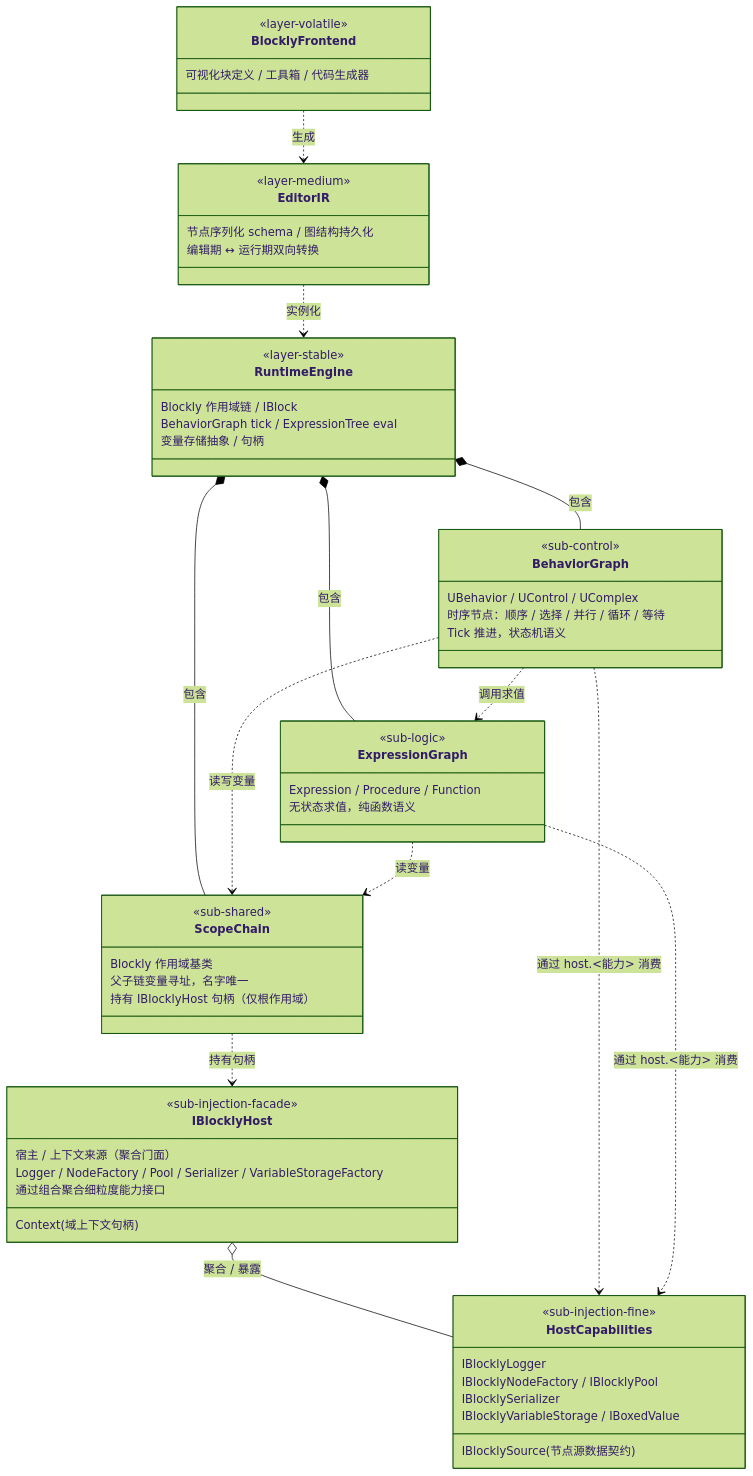
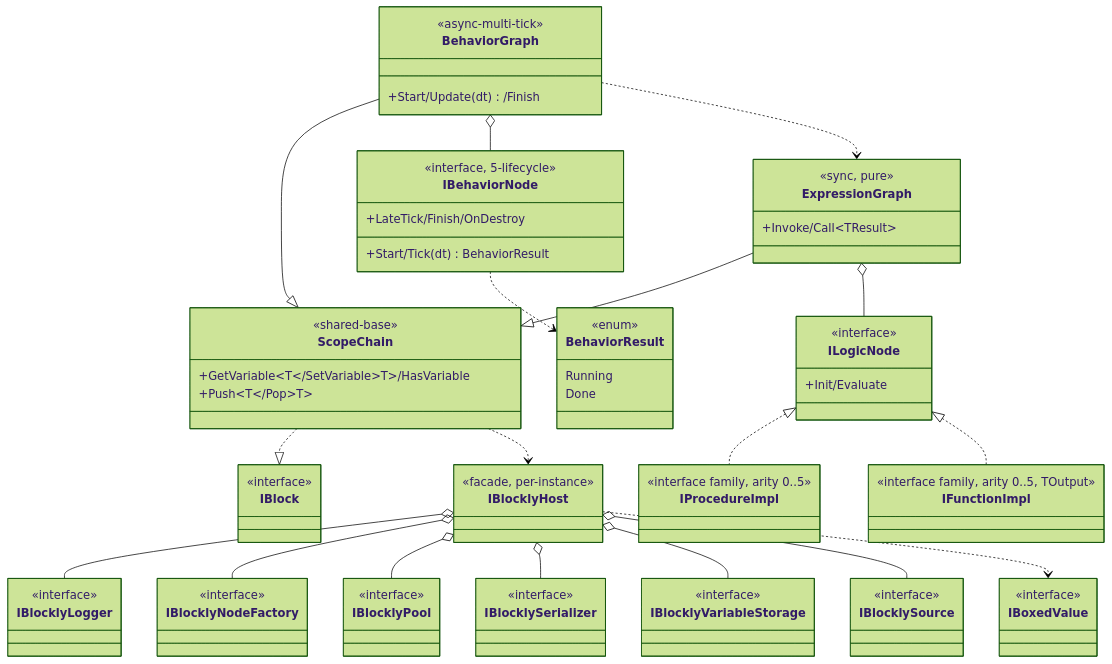
The diagram in com.vena.blockly/.dna/module.md (nan023062/vena), drawn with Mermaid (forest theme) before and after one commit. The commit also changed other lines of this file, not shown here.

First line of the commit message:
docs(blockly): compress module.md to knowledge-density form (17460 -> 4148 bytes)

````diff
--- a/com.vena.blockly/.dna/module.md
+++ b/com.vena.blockly/.dna/module.md
@@ -35,63 +29,70 @@
 ```mermaid
 classDiagram
-    class RuntimeEngine {
-        <<layer-stable>>
-        Blockly 作用域链 / IBlock
-        BehaviorGraph tick / ExpressionTree eval
-        变量存储抽象 / 句柄
+    direction TB
+
+    class IBlock {
+        <<interface>>
     }
-    class EditorIR {
-        <<layer-medium>>
-        节点序列化 schema / 图结构持久化
-        编辑期 ↔ 运行期双向转换
-    }
-    class BlocklyFrontend {
-        <<layer-volatile>>
-        可视化块定义 / 工具箱 / 代码生成器
+    class ScopeChain {
+        <<shared-base>>
+        +GetVariable~T~/SetVariable~T~/HasVariable
+        +Push~T~/Pop~T~
     }
     class BehaviorGraph {
-        <<sub-control>>
-        UBehavior / UControl / UComplex
-        时序节点：顺序 / 选择 / 并行 / 循环 / 等待
-        Tick 推进，状态机语义
+        <<async-multi-tick>>
+        +Start/Update(dt)/Finish
+    }
+    class IBehaviorNode {
+        <<interface, 5-lifecycle>>
+        +Start/Tick(dt) BehaviorResult
+        +LateTick/Finish/OnDestroy
+    }
+    class BehaviorResult {
+        <<enum>>
+        Running
+        Done
     }
     class ExpressionGraph {
-        <<sub-logic>>
-        Expression / Procedure / Function
-        无状态求值，纯函数语义
+        <<sync, pure>>
+        +Invoke/Call~TResult~
     }
-    class ScopeChain {
-        <<sub-shared>>
-        Blockly 作用域基类
-        父子链变量寻址，名字唯一
-        持有 IBlocklyHost 句柄（仅根作用域）
+    class ILogicNode {
+        <<interface>>
+        +Init/Evaluate
+    }
+    class IProcedureImpl {
+        <<interface family, arity 0..5>>
+    }
+    class IFunctionImpl {
+        <<interface family, arity 0..5, TOutput>>
     }
     class IBlocklyHost {
-        <<sub-injection-facade>>
-        宿主 / 上下文来源（聚合门面）
-        Context (域上下文句柄)
-        Logger / NodeFactory / Pool / Serializer / VariableStorageFactory
-        通过组合聚合细粒度能力接口
+        <<facade, per-instance>>
     }
-    class HostCapabilities {
-        <<sub-injection-fine>>
-        IBlocklyLogger
-        IBlocklyNodeFactory / IBlocklyPool
-        IBlocklySerializer
-        IBlocklyVariableStorage / IBoxedValue
-        IBlocklySource (节点源数据契约)
-    }
+    class IBlocklyLogger { <<interface>> }
+    class IBlocklyNodeFactory { <<interface>> }
+    class IBlocklyPool { <<interface>> }
+    class IBlocklySerializer { <<interface>> }
+    class IBlocklyVariableStorage { <<interface>> }
+    class IBlocklySource { <<interface>> }
+    class IBoxedValue { <<interface>> }
 
-    BlocklyFrontend ..> EditorIR : 生成
-    EditorIR ..> RuntimeEngine : 实例化
-    RuntimeEngine *-- BehaviorGraph : 包含
-    RuntimeEngine *-- ExpressionGraph : 包含
-    RuntimeEngine *-- ScopeChain : 包含
-    ScopeChain ..> IBlocklyHost : 持有句柄
-    IBlocklyHost o-- HostCapabilities : 聚合 / 暴露
-    BehaviorGraph ..> ExpressionGraph : 调用求值
-    BehaviorGraph ..> ScopeChain : 读写变量
-    ExpressionGraph ..> ScopeChain : 读变量
-    BehaviorGraph ..> HostCapabilities : 通过 host.<能力> 消费
-    ExpressionGraph ..> HostCapabilities : 通过 host.<能力> 消费
+    ScopeChain ..|> IBlock
+    BehaviorGraph --|> ScopeChain
+    ExpressionGraph --|> ScopeChain
+    BehaviorGraph o-- IBehaviorNode
+    IBehaviorNode ..> BehaviorResult
+    ExpressionGraph o-- ILogicNode
+    ILogicNode <|.. IProcedureImpl
+    ILogicNode <|.. IFunctionImpl
+    BehaviorGraph ..> ExpressionGraph
+    ScopeChain ..> IBlocklyHost
+
+    IBlocklyHost o-- IBlocklyLogger
+    IBlocklyHost o-- IBlocklyNodeFactory
+    IBlocklyHost o-- IBlocklyPool
+    IBlocklyHost o-- IBlocklySerializer
+    IBlocklyHost o-- IBlocklyVariableStorage
+    IBlocklyHost o-- IBlocklySource
+    IBlocklyHost ..> IBoxedValue
 ```
````
